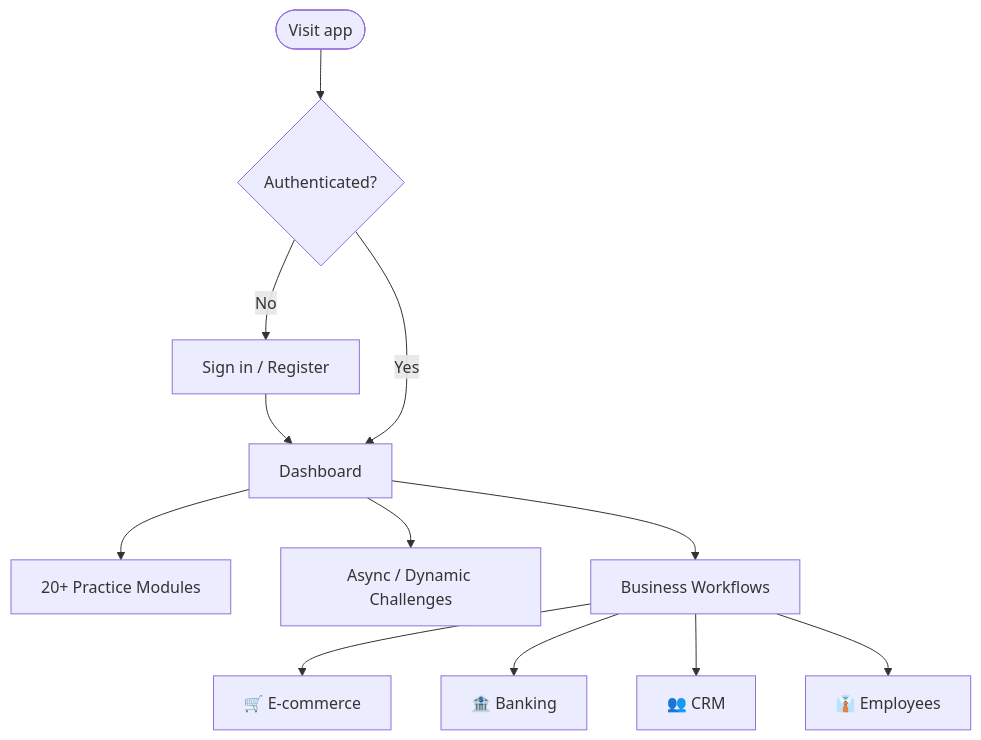
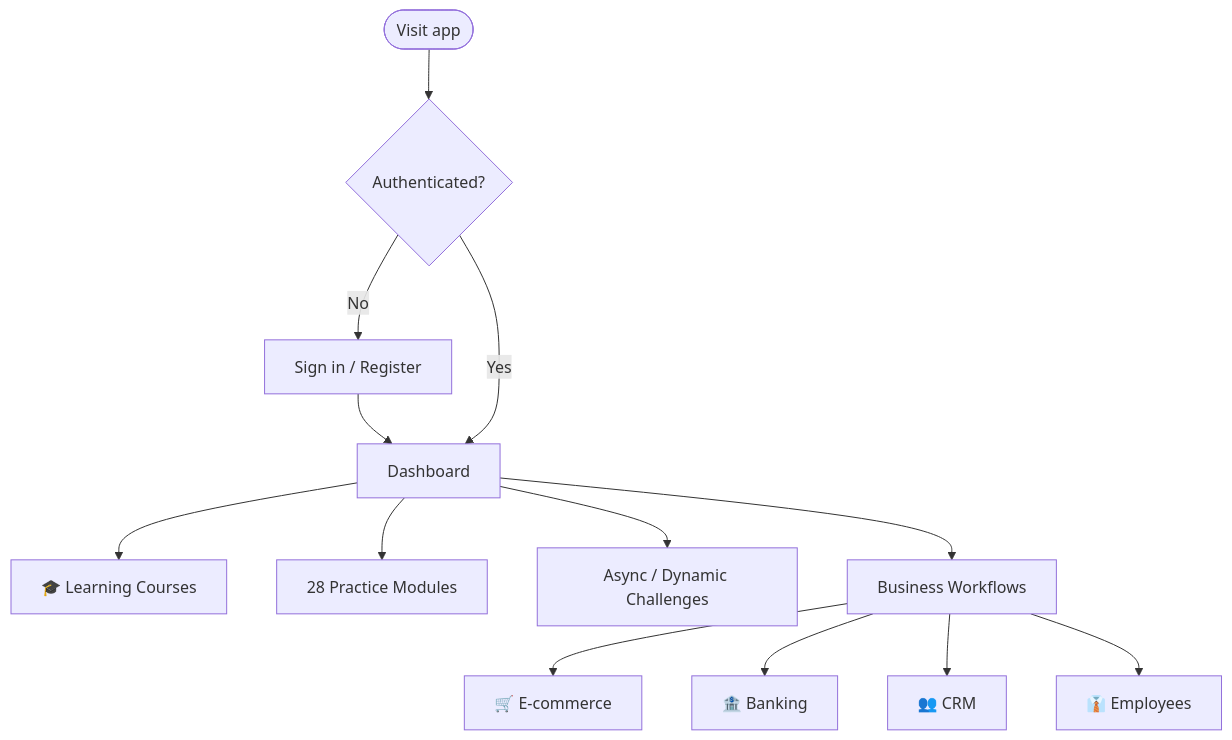
One commit to Prathamd0610/Automation-Testing-WebSite changed the third of 10 diagrams in README.md. Above: the diagram before and after it, drawn with Mermaid. The commit also changed other lines of this file and 37 other files, not shown here.

````diff
--- a/README.md
+++ b/README.md
@@ -136,14 +151,15 @@
 ```mermaid
 flowchart TD
     Start([Visit app]) --> Auth{Authenticated?}
     Auth -- No --> SignIn[Sign in / Register]
     SignIn --> Dash[Dashboard]
     Auth -- Yes --> Dash
-    Dash --> Modules[20+ Practice Modules]
+    Dash --> Learning[🎓 Learning Courses]
+    Dash --> Modules[28 Practice Modules]
     Dash --> Challenges[Async / Dynamic Challenges]
     Dash --> Workflows[Business Workflows]
     Workflows --> Shop[🛒 E-commerce]
     Workflows --> Bank[🏦 Banking]
     Workflows --> Crm[👥 CRM]
     Workflows --> Emp[👔 Employees]
 ```
````
